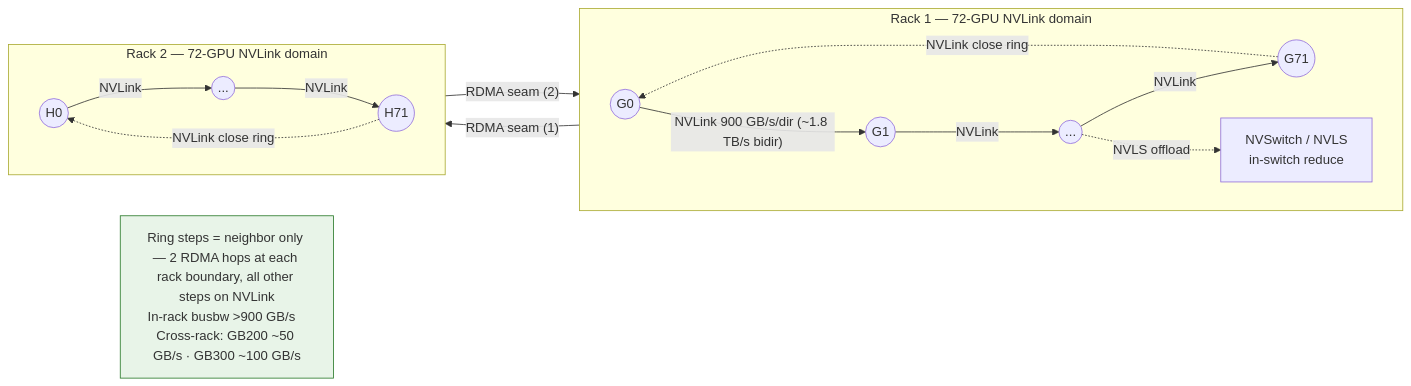
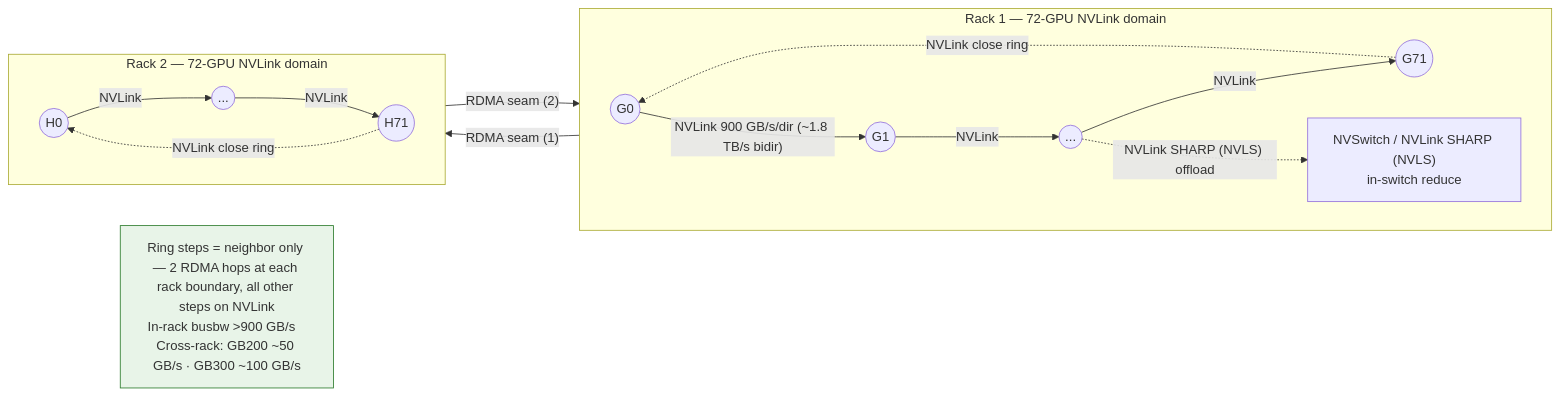
Before and after one commit to dfwguy/validation: the seventh of 11 diagrams in nvl72.md, drawn with Mermaid. The commit also changed other lines of this file, not shown here.

Commit message:
Add PXN/rails note for AllToAll; spell out NVLink SHARP (NVLS) throughout

````diff
--- a/nvl72.md
+++ b/nvl72.md
@@ -455,22 +455,22 @@
 ```mermaid
 flowchart LR
     subgraph RACK1["Rack 1 — 72-GPU NVLink domain"]
         direction LR
         G0(("G0")) -->|"NVLink 900 GB/s/dir (~1.8 TB/s bidir)"| G1(("G1"))
         G1 -->|"NVLink"| GDOT(("..."))
         GDOT -->|"NVLink"| G71(("G71"))
         G71 -.->|"NVLink close ring"| G0
-        NVS["NVSwitch / NVLS<br/>in-switch reduce"]
-        GDOT -. "NVLS offload" .-> NVS
+        NVS["NVSwitch / NVLink SHARP (NVLS)<br/>in-switch reduce"]
+        GDOT -. "NVLink SHARP (NVLS) offload" .-> NVS
     end
     subgraph RACK2["Rack 2 — 72-GPU NVLink domain"]
         direction LR
         H0(("H0")) -->|"NVLink"| HDOT(("..."))
         HDOT -->|"NVLink"| H71(("H71"))
         H71 -.->|"NVLink close ring"| H0
     end
     G71 -->|"RDMA seam (1)"| H0
     H71 -->|"RDMA seam (2)"| G0
     BWKEY["Ring steps = neighbor only — 2 RDMA hops at each rack boundary, all other steps on NVLink<br/>In-rack busbw >900 GB/s   Cross-rack: GB200 ~50 GB/s · GB300 ~100 GB/s"]
     style BWKEY fill:#e8f4e8,stroke:#2a7a2a
 ```
````
